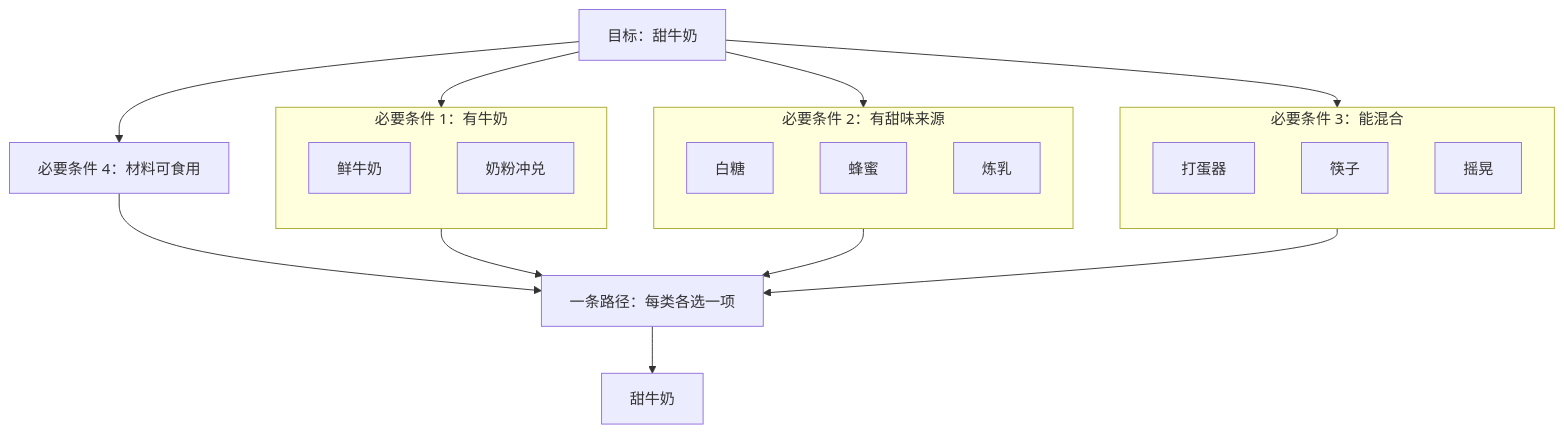
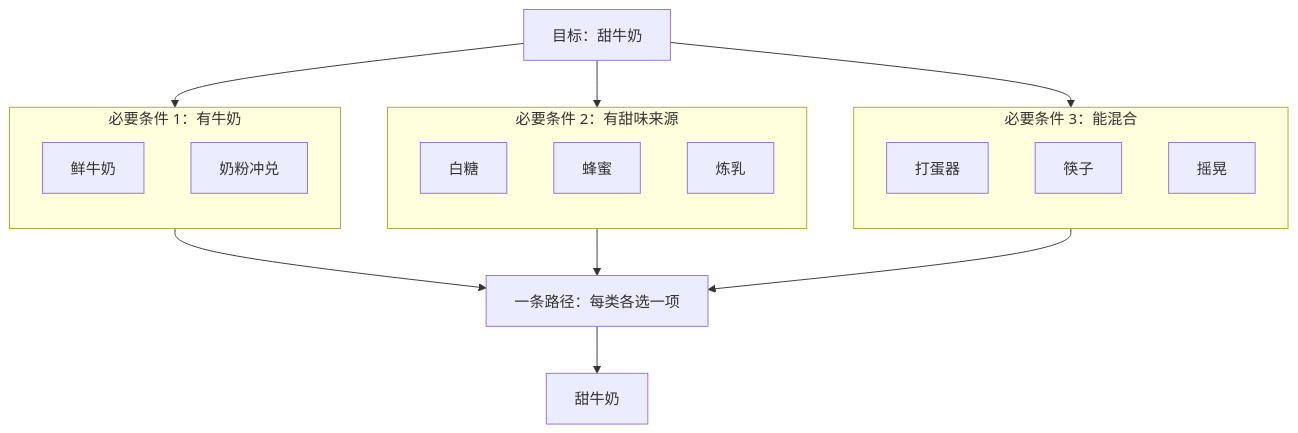
The second of 2 diagrams in docs/GOAL.md (morewhyhan/Ignite), drawn with Mermaid before and after one commit. The commit also changed other lines of this file and 1 other file, not shown here.

````diff
--- a/docs/GOAL.md
+++ b/docs/GOAL.md
@@ -154,31 +152,28 @@
 ```mermaid
 flowchart TD
   G["目标：甜牛奶"]
   subgraph C1["必要条件 1：有牛奶"]
     direction TB
     C1a["鲜牛奶"]
     C1b["奶粉冲兑"]
   end
   subgraph C2["必要条件 2：有甜味来源"]
     direction TB
     C2a["白糖"]
     C2b["蜂蜜"]
     C2c["炼乳"]
   end
   subgraph C3["必要条件 3：能混合"]
     direction TB
     C3a["打蛋器"]
     C3b["筷子"]
     C3c["摇晃"]
   end
-  C4["必要条件 4：材料可食用"]
   G --> C1
   G --> C2
   G --> C3
-  G --> C4
   C1 --> P["一条路径：每类各选一项"]
   C2 --> P
   C3 --> P
-  C4 --> P
   P --> R["甜牛奶"]
 ```
````
